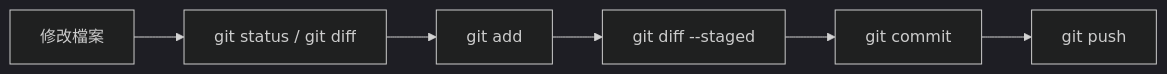
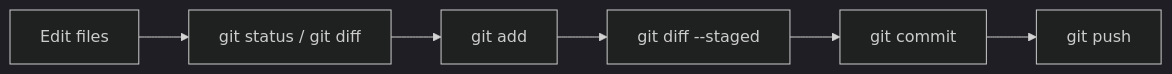
One commit to uuboyscy/uuboyscy-engineering-logs changed the diagram in docs/Git/Git Commands/04_Create_a_Git_Version.md. Above: the diagram before and after it, drawn with Mermaid (dark theme). The commit also changed other lines of this file and 16 other files, not shown here.

````diff
--- a/docs/Git/Git Commands/04_Create_a_Git_Version.md
+++ b/docs/Git/Git Commands/04_Create_a_Git_Version.md
@@ -11,8 +11,8 @@
 ```mermaid
 flowchart LR
-    A["修改檔案"] --> B["git status / git diff"]
+    A["Edit files"] --> B["git status / git diff"]
     B --> C["git add"]
     C --> D["git diff --staged"]
     D --> E["git commit"]
     E --> F["git push"]
 ```
````
